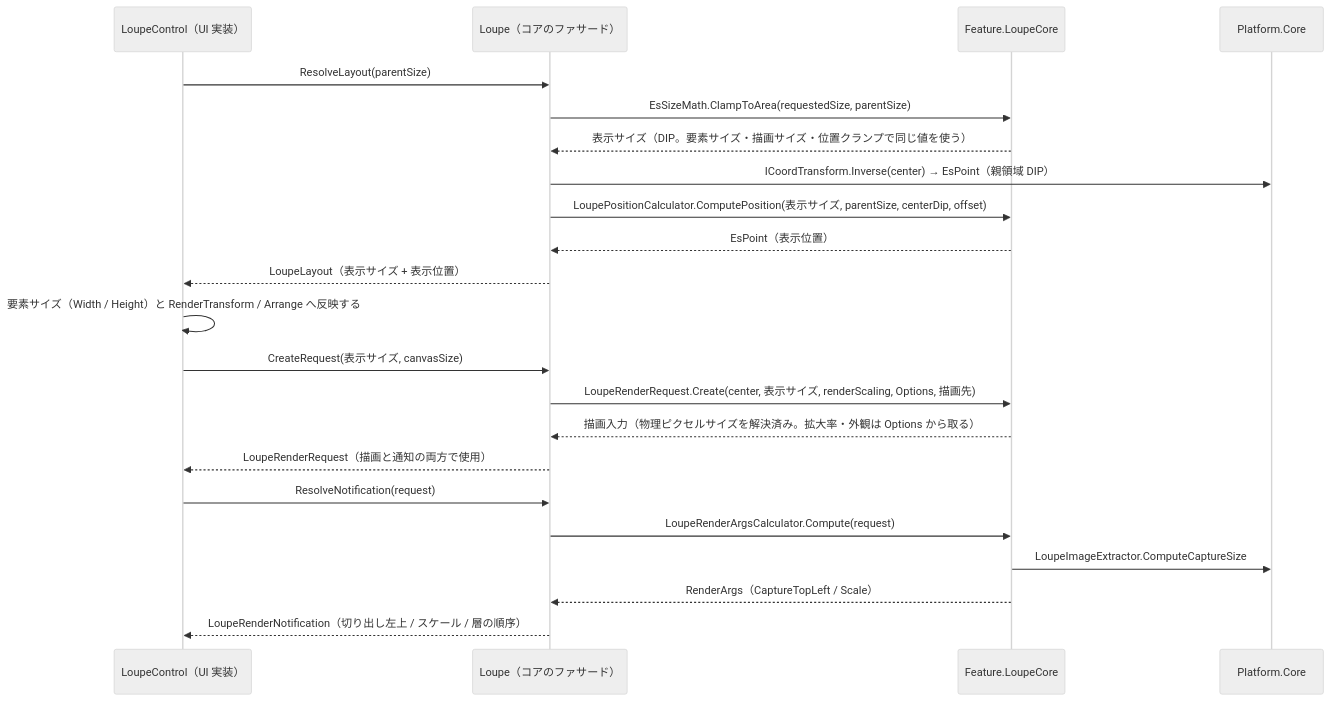
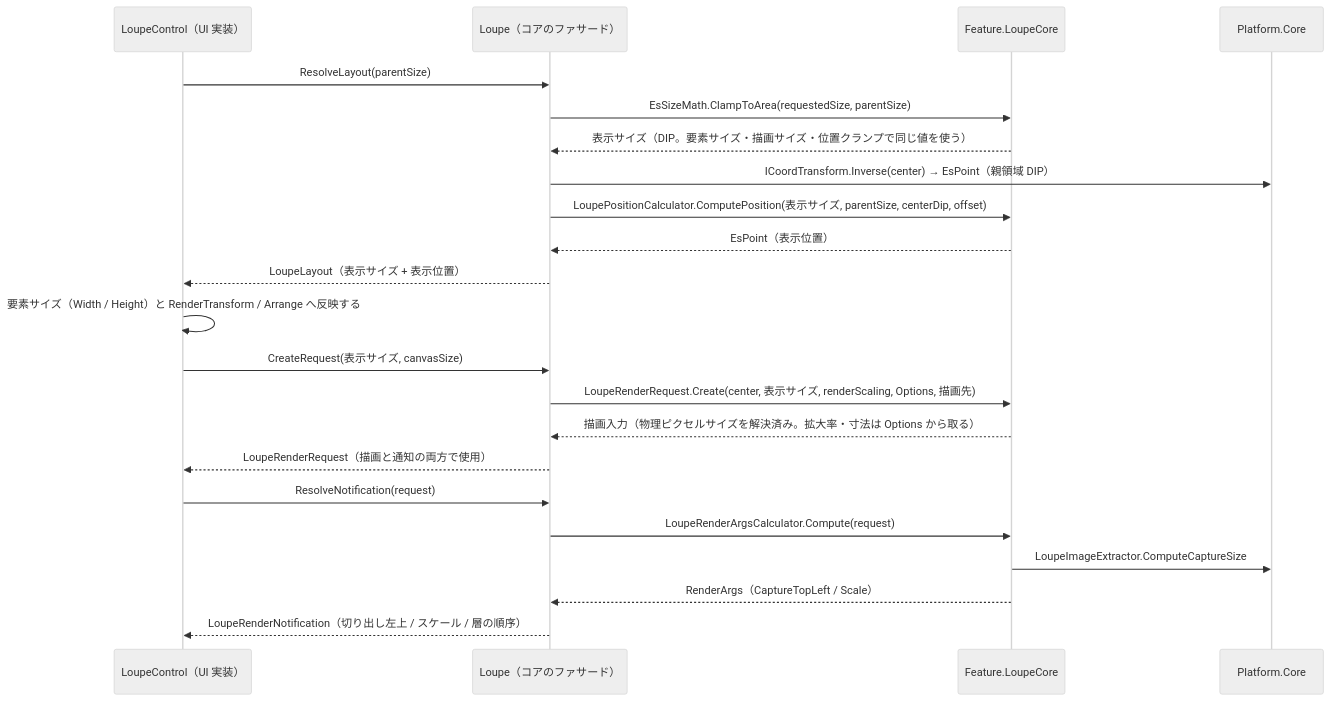
One commit to tomokuni/SaveEvidence changed the second of 2 diagrams in src/Feature.LoupeCore/SPEC_System.md. Above: the diagram before and after it, drawn with Mermaid (neutral theme). The commit also changed other lines of this file and 95 other files, not shown here.

````diff
--- a/src/Feature.LoupeCore/SPEC_System.md
+++ b/src/Feature.LoupeCore/SPEC_System.md
@@ -57,27 +57,27 @@
 ```mermaid
 sequenceDiagram
   participant UI as LoupeControl（UI 実装）
   participant Fac as Loupe（コアのファサード）
   participant Core as Feature.LoupeCore
   participant PC as Platform.Core
 
   UI->>Fac: ResolveLayout(parentSize)
   Fac->>Core: EsSizeMath.ClampToArea(requestedSize, parentSize)
   Core-->>Fac: 表示サイズ（DIP。要素サイズ・描画サイズ・位置クランプで同じ値を使う）
   Fac->>PC: ICoordTransform.Inverse(center) → EsPoint（親領域 DIP）
   Fac->>Core: LoupePositionCalculator.ComputePosition(表示サイズ, parentSize, centerDip, offset)
   Core-->>Fac: EsPoint（表示位置）
   Fac-->>UI: LoupeLayout（表示サイズ + 表示位置）
   UI->>UI: 要素サイズ（Width / Height）と RenderTransform / Arrange へ反映する
 
   UI->>Fac: CreateRequest(表示サイズ, canvasSize)
   Fac->>Core: LoupeRenderRequest.Create(center, 表示サイズ, renderScaling, Options, 描画先)
-  Core-->>Fac: 描画入力（物理ピクセルサイズを解決済み。拡大率・外観は Options から取る）
+  Core-->>Fac: 描画入力（物理ピクセルサイズを解決済み。拡大率・寸法は Options から取る）
   Fac-->>UI: LoupeRenderRequest（描画と通知の両方で使用）
 
   UI->>Fac: ResolveNotification(request)
   Fac->>Core: LoupeRenderArgsCalculator.Compute(request)
   Core->>PC: LoupeImageExtractor.ComputeCaptureSize
   Core-->>Fac: RenderArgs（CaptureTopLeft / Scale）
   Fac-->>UI: LoupeRenderNotification（切り出し左上 / スケール / 層の順序）
 ```
````
